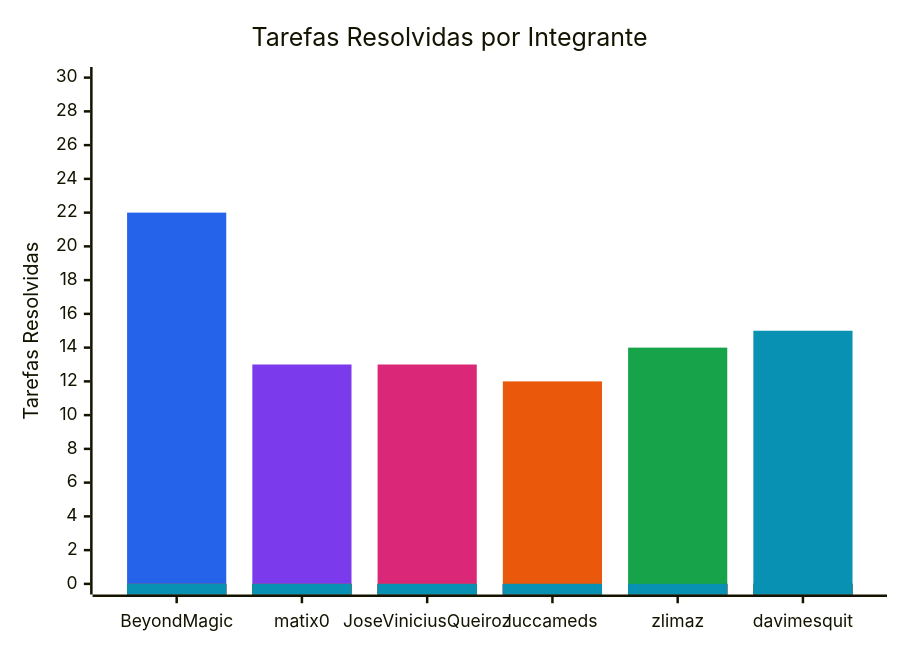
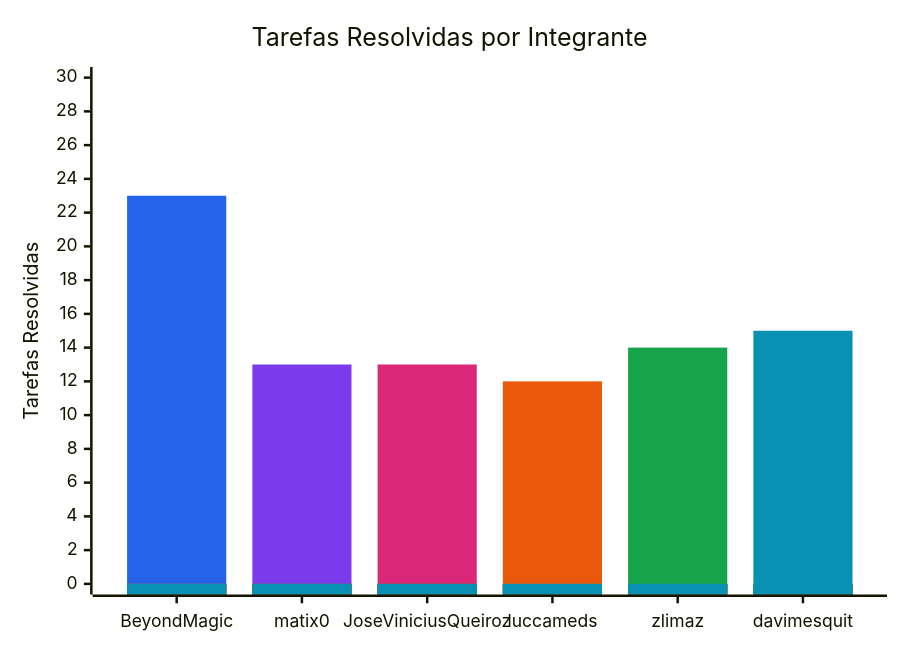
The diagram in documentation/snippets/management/resolved-issues.mmd (FCTE-Qualidade-de-Software-1/2026-2_T01_FRANS_BILAS), drawn with Mermaid before and after one commit. The commit also changed 6 other files, not shown here.

```diff
--- a/documentation/snippets/management/resolved-issues.mmd
+++ b/documentation/snippets/management/resolved-issues.mmd
@@ -1,11 +1,11 @@
 %%{init: {"themeVariables": {"xyChart": {"plotColorPalette": "#2563eb, #7c3aed, #db2777, #ea580c, #16a34a, #0891b2"}}}}%%
 xychart-beta
     title "Tarefas Resolvidas por Integrante"
     x-axis ["BeyondMagic", "matix0", "JoseViniciusQueiroz", "luccameds", "zlimaz", "davimesquit"]
     y-axis "Tarefas Resolvidas" 0 --> 30
-    bar [22, 0, 0, 0, 0, 0]
+    bar [23, 0, 0, 0, 0, 0]
     bar [0, 13, 0, 0, 0, 0]
     bar [0, 0, 13, 0, 0, 0]
     bar [0, 0, 0, 12, 0, 0]
     bar [0, 0, 0, 0, 14, 0]
     bar [0, 0, 0, 0, 0, 15]
```
